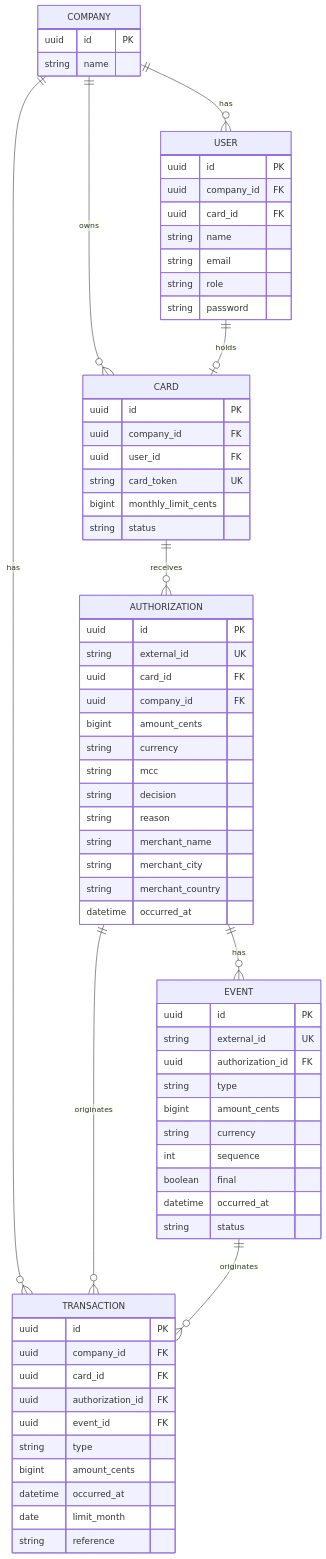
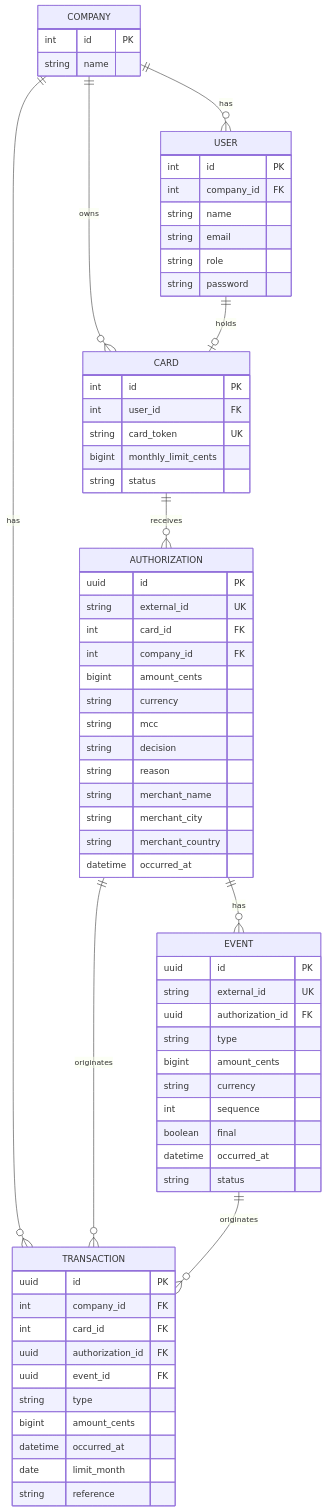
One commit to rodrigodesouza/mid-fullstack-test changed the diagram in DIAGRAM.md. Above: the diagram before and after it, drawn with Mermaid. The commit also changed other lines of this file and 25 other files, not shown here.

````diff
--- a/DIAGRAM.md
+++ b/DIAGRAM.md
@@ -2,77 +1,75 @@
 ```mermaid
 erDiagram
     COMPANY ||--o{ USER : has
     COMPANY ||--o{ CARD : owns
     USER ||--o| CARD : holds
     COMPANY ||--o{ TRANSACTION : has
     CARD ||--o{ AUTHORIZATION : receives
     AUTHORIZATION ||--o{ EVENT : has
     AUTHORIZATION ||--o{ TRANSACTION : originates
     EVENT ||--o{ TRANSACTION : originates
 
     COMPANY {
-        uuid id PK
+        int id PK
         string name
     }
 
     USER {
-        uuid id PK
-        uuid company_id FK
-        uuid card_id FK
+        int id PK
+        int company_id FK
         string name
         string email
         string role
         string password
     }
 
     CARD {
-        uuid id PK
-        uuid company_id FK
-        uuid user_id FK
+        int id PK
+        int user_id FK
         string card_token UK
         bigint monthly_limit_cents
         string status
     }
 
     AUTHORIZATION {
         uuid id PK
         string external_id UK
-        uuid card_id FK
-        uuid company_id FK
+        int card_id FK
+        int company_id FK
         bigint amount_cents
         string currency
         string mcc
         string decision
         string reason
         string merchant_name
         string merchant_city
         string merchant_country
         datetime occurred_at
     }
 
     EVENT {
         uuid id PK
         string external_id UK
         uuid authorization_id FK
         string type
         bigint amount_cents
         string currency
         int sequence
         boolean final
         datetime occurred_at
         string status
     }
 
     TRANSACTION {
         uuid id PK
-        uuid company_id FK
-        uuid card_id FK
+        int company_id FK
+        int card_id FK
         uuid authorization_id FK
         uuid event_id FK
         string type
         bigint amount_cents
         datetime occurred_at
         date limit_month
         string reference
     }
 ```
````
